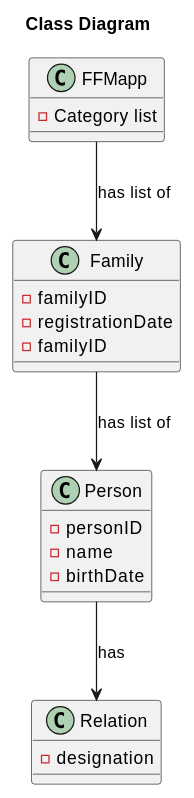
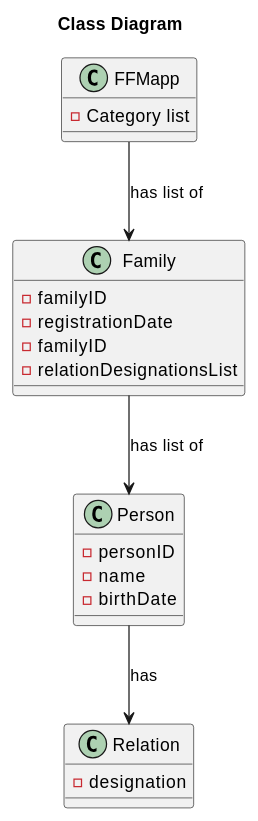
Before and after one commit to tomas-osswald/switch_2020_g3: the fourth of 4 diagrams in docs/US105 AddRelation.md, drawn with PlantUML. The commit also changed other lines of this file and 9 other files, not shown here.

````diff
--- a/docs/US105 AddRelation.md
+++ b/docs/US105 AddRelation.md
@@ -192,31 +200,32 @@
 ```puml
 title Class Diagram
 
 class FFMapp {
 - Category list
 
 }
 
 class Family {
 - familyID
 - registrationDate
 - familyID
+- relationDesignationsList
 
 }
 
 class Person {
 - personID
 - name
 - birthDate
 
 }
 
 class Relation {
 - designation
 
 }
 
 FFMapp -down-> Family : has list of 
 Family -down-> Person : has list of 
 Person -down-> Relation : has 
 ```
````
